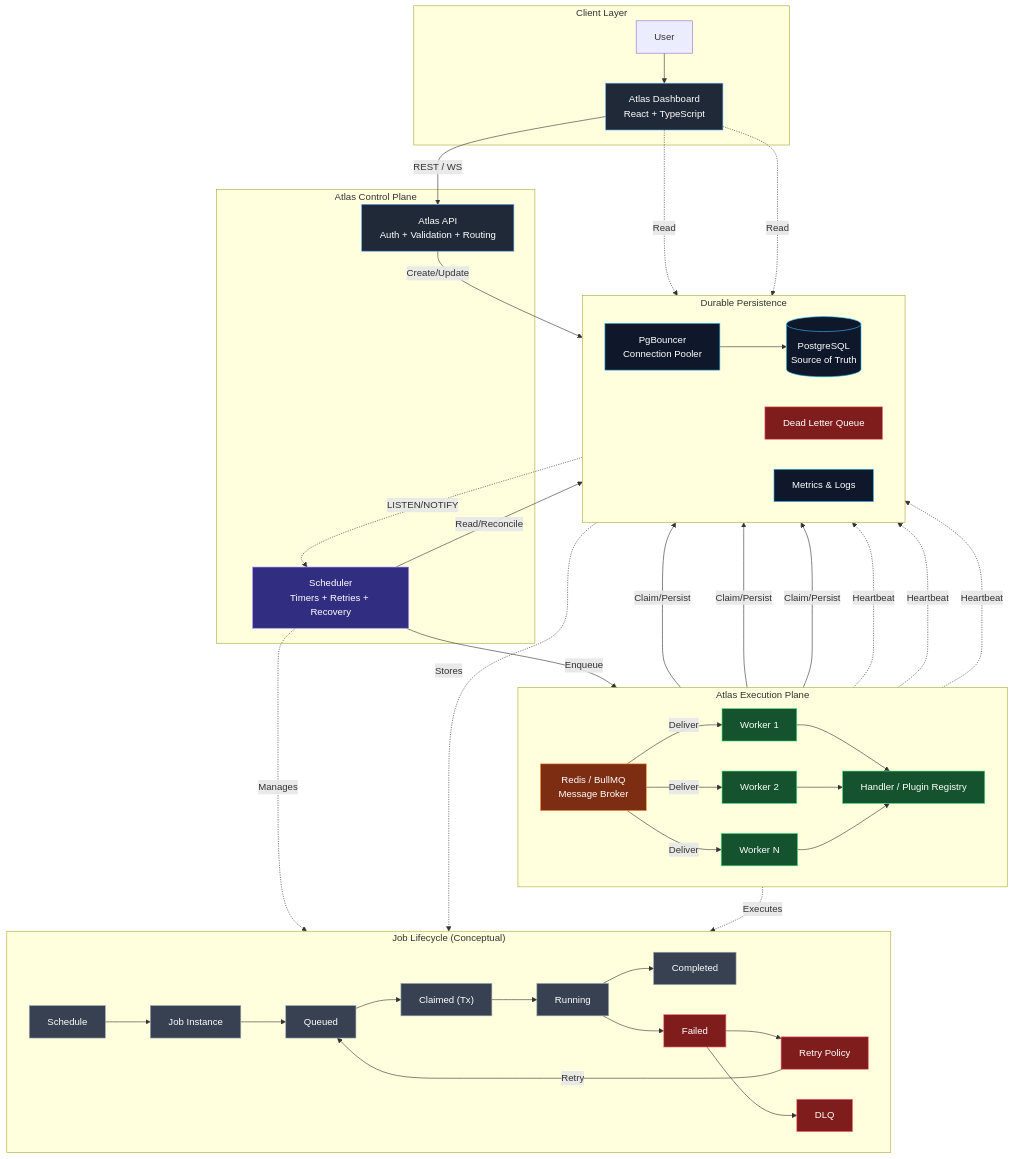
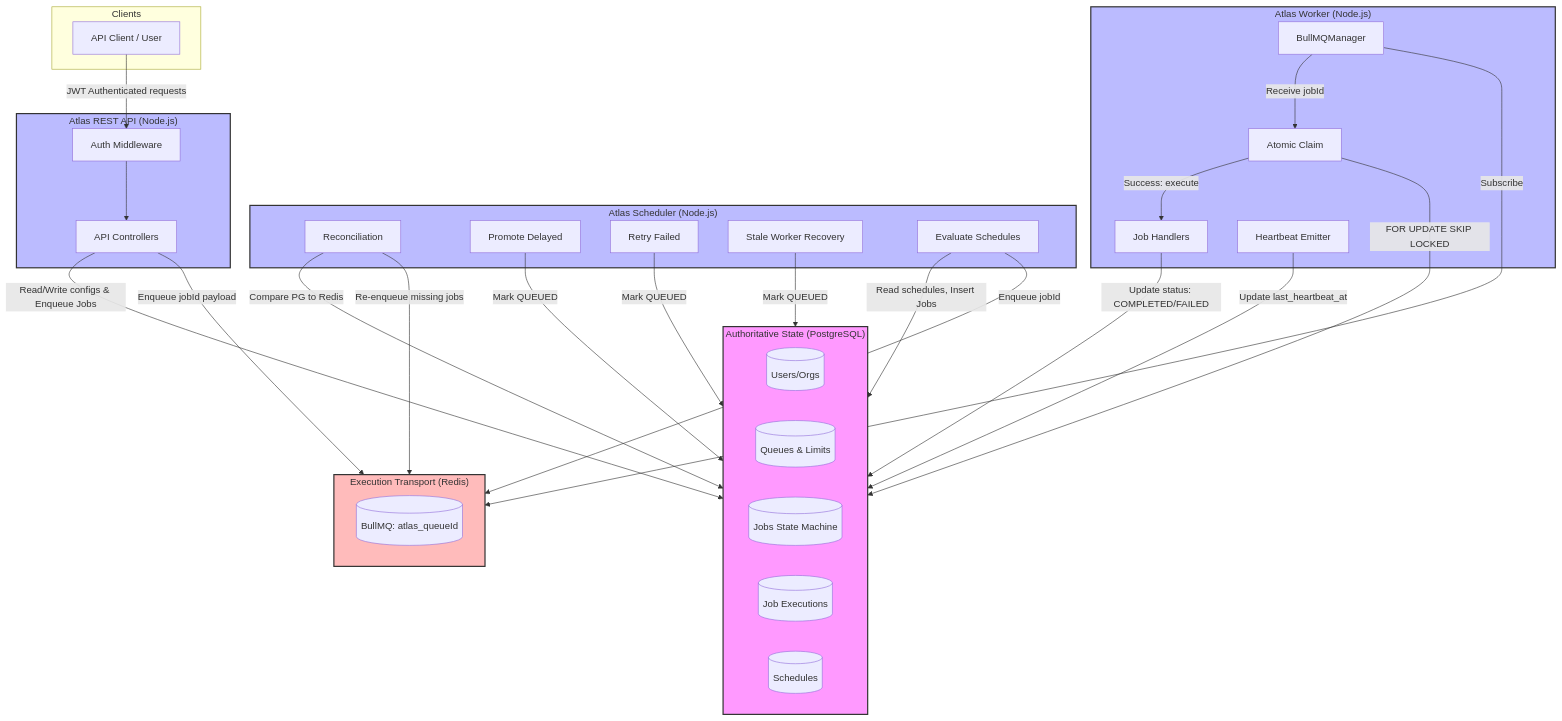
One commit to Mohan14123/atlas changed the diagram in docs/mermaid/architecture.mmd. Above: the diagram before and after it, drawn with Mermaid. The commit also changed 6 other files, not shown here.

```diff
--- a/docs/mermaid/architecture.mmd
+++ b/docs/mermaid/architecture.mmd
@@ -1,101 +1,69 @@
-flowchart TB
-    %% Core Architecture Grouping
-    subgraph ClientLayer["Client Layer"]
-        User["User"]
-        Frontend["Atlas Dashboard<br/>React + TypeScript"]
+flowchart TD
+    subgraph Clients["Clients"]
+        API_Client[API Client / User]
     end
 
-    subgraph ControlPlane["Atlas Control Plane"]
-        API["Atlas API<br/>Auth + Validation + Routing"]
-        Scheduler["Scheduler<br/>Timers + Retries + Recovery"]
+    subgraph Atlas_API["Atlas REST API (Node.js)"]
+        Auth[Auth Middleware]
+        Controllers[API Controllers]
+        Auth --> Controllers
     end
 
-    subgraph ExecutionPlane["Atlas Execution Plane"]
-        direction LR
-        Redis["Redis / BullMQ<br/>Message Broker"]
-        W1["Worker 1"]
-        W2["Worker 2"]
-        WN["Worker N"]
-        Handlers["Handler / Plugin Registry"]
+    subgraph Database["Authoritative State (PostgreSQL)"]
+        Users[(Users/Orgs)]
+        Queues[(Queues & Limits)]
+        Jobs[(Jobs State Machine)]
+        Executions[(Job Executions)]
+        Schedules[(Schedules)]
     end
 
-    subgraph Persistence["Durable Persistence"]
-        direction LR
-        Pooler["PgBouncer<br/>Connection Pooler"]
-        PostgreSQL[("PostgreSQL<br/>Source of Truth")]
-        DLQ["Dead Letter Queue"]
-        Metrics["Metrics & Logs"]
+    subgraph Transport["Execution Transport (Redis)"]
+        BullMQ[(BullMQ: atlas_queueId)]
     end
 
-    %% Client Interactions
-    User --> Frontend
-    Frontend -->|REST / WS| API
-    Frontend -.->|Read| Metrics
-    Frontend -.->|Read| DLQ
-
-    %% Control Plane -> Persistence
-    API -->|Create/Update| Pooler
-    Scheduler -->|Read/Reconcile| Pooler
-    Pooler --> PostgreSQL
-    
-    PostgreSQL -.->|LISTEN/NOTIFY| Scheduler
-
-    %% Control Plane -> Execution
-    Scheduler -->|Enqueue| Redis
-
-    %% Execution Plane Internals
-    Redis -->|Deliver| W1
-    Redis -->|Deliver| W2
-    Redis -->|Deliver| WN
-    
-    W1 --> Handlers
-    W2 --> Handlers
-    WN --> Handlers
-
-    %% Execution -> Persistence
-    W1 -->|Claim/Persist| Pooler
-    W2 -->|Claim/Persist| Pooler
-    WN -->|Claim/Persist| Pooler
-
-    %% Worker Health Tracking
-    W1 -.->|Heartbeat| PostgreSQL
-    W2 -.->|Heartbeat| PostgreSQL
-    WN -.->|Heartbeat| PostgreSQL
-
-    %% Conceptual Job Flow (Isolated to prevent line tangling)
-    subgraph JobLifecycle["Job Lifecycle (Conceptual)"]
-        direction LR
-        ScheduleDef["Schedule"] --> JobInst["Job Instance"]
-        JobInst --> QueuedState["Queued"]
-        QueuedState --> ClaimedState["Claimed (Tx)"]
-        ClaimedState --> RunningState["Running"]
-        
-        RunningState --> CompletedState["Completed"]
-        RunningState --> FailedState["Failed"]
-        
-        FailedState --> RetryPol["Retry Policy"]
-        RetryPol -->|Retry| QueuedState
-        FailedState --> DLQState["DLQ"]
+    subgraph Atlas_Scheduler["Atlas Scheduler (Node.js)"]
+        Reconcile[Reconciliation]
+        Promote[Promote Delayed]
+        Retry[Retry Failed]
+        Stale[Stale Worker Recovery]
+        Cron[Evaluate Schedules]
     end
 
-    %% Link Concepts loosely to avoid crossing
-    Scheduler -.->|Manages| ScheduleDef
-    W1 -.->|Executes| RunningState
-    PostgreSQL -.->|Stores| JobLifecycle
+    subgraph Atlas_Worker["Atlas Worker (Node.js)"]
+        Manager[BullMQManager]
+        Claim[Atomic Claim]
+        Handler[Job Handlers]
+        Heartbeat[Heartbeat Emitter]
+    end
 
-    %% Styling
-    classDef api fill:#1f2937,stroke:#60a5fa,color:#fff
-    classDef scheduler fill:#312e81,stroke:#a78bfa,color:#fff
-    classDef transport fill:#7c2d12,stroke:#fb923c,color:#fff
-    classDef worker fill:#14532d,stroke:#4ade80,color:#fff
-    classDef database fill:#0f172a,stroke:#38bdf8,color:#fff
-    classDef domain fill:#374151,stroke:#9ca3af,color:#fff
-    classDef failure fill:#7f1d1d,stroke:#f87171,color:#fff
+    %% Client flows
+    API_Client -->|JWT Authenticated requests| Auth
 
-    class API,Frontend api
-    class Scheduler scheduler
-    class Redis transport
-    class W1,W2,WN,Handlers worker
-    class Pooler,PostgreSQL,Metrics database
-    class ScheduleDef,JobInst,QueuedState,ClaimedState,RunningState,CompletedState domain
-    class FailedState,RetryPol,DLQState,DLQ failure
+    %% API flows
+    Controllers -->|Read/Write configs & Enqueue Jobs| Database
+    Controllers -->|Enqueue jobId payload| Transport
+
+    %% Scheduler flows
+    Cron -->|Read schedules, Insert Jobs| Database
+    Cron -->|Enqueue jobId| Transport
+    Reconcile -->|Compare PG to Redis| Database
+    Reconcile -->|Re-enqueue missing jobs| Transport
+    Stale -->|Mark QUEUED| Database
+    Promote -->|Mark QUEUED| Database
+    Retry -->|Mark QUEUED| Database
+
+    %% Worker flows
+    Manager -->|Subscribe| Transport
+    Manager -->|Receive jobId| Claim
+    Claim -->|FOR UPDATE SKIP LOCKED| Database
+    Claim -->|Success: execute| Handler
+    Handler -->|Update status: COMPLETED/FAILED| Database
+    Heartbeat -->|Update last_heartbeat_at| Database
+
+    classDef db fill:#f9f,stroke:#333,stroke-width:2px;
+    classDef service fill:#bbf,stroke:#333,stroke-width:2px;
+    classDef transport fill:#fbb,stroke:#333,stroke-width:2px;
+
+    class Database db;
+    class Transport transport;
+    class Atlas_API,Atlas_Scheduler,Atlas_Worker service;
```
